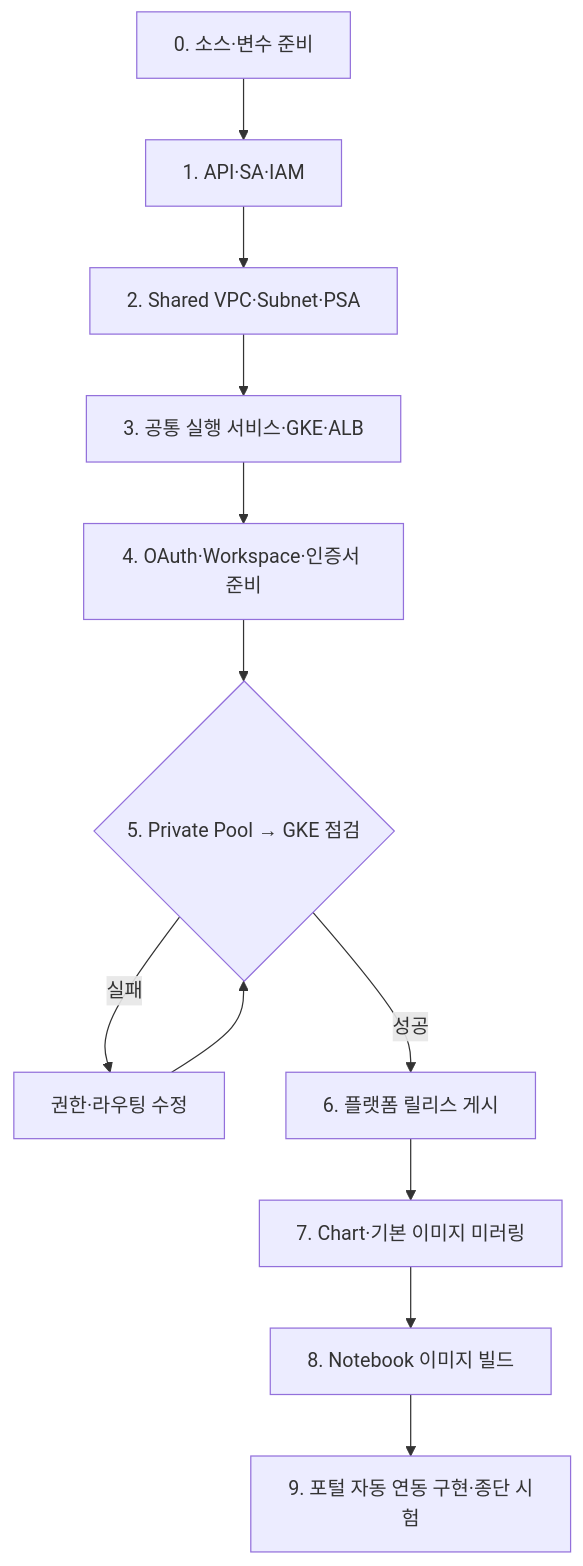
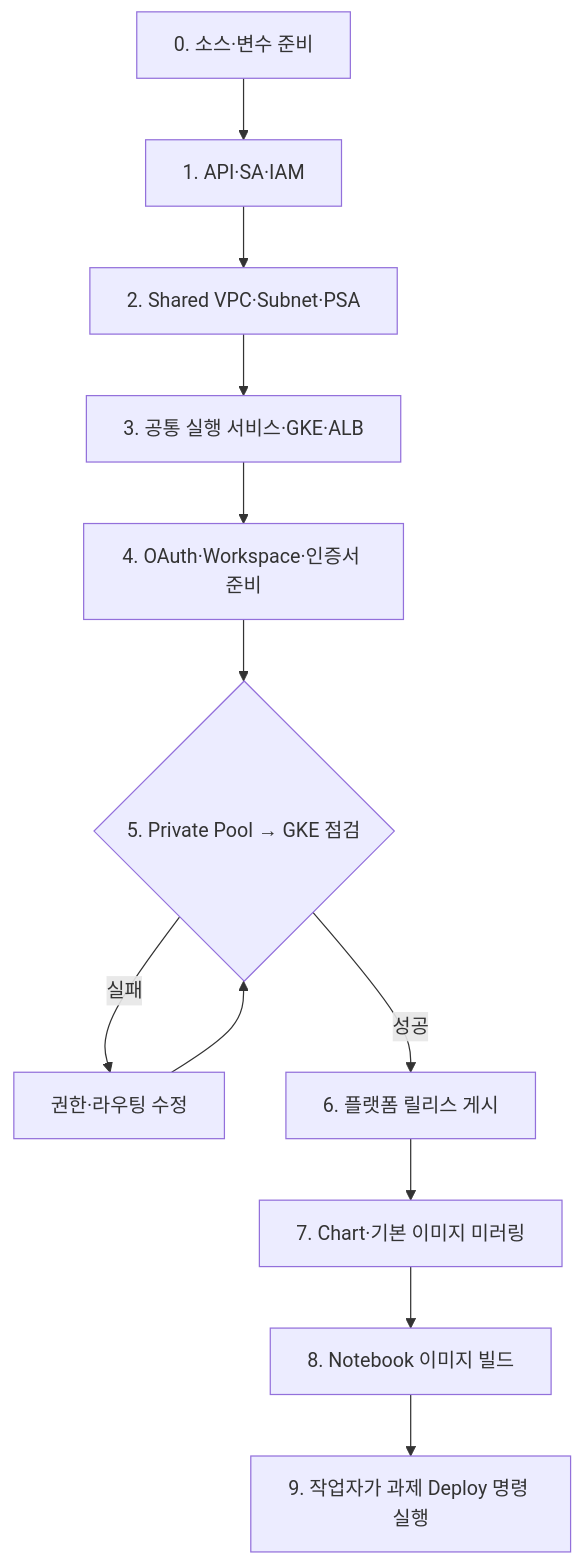
The first of 2 diagrams in 01.docs/work-order.md (sonmap/GCP_SBX_Test01), drawn with Mermaid before and after one commit. The commit also changed other lines of this file and 4 other files, not shown here.

````diff
--- a/01.docs/work-order.md
+++ b/01.docs/work-order.md
@@ -9,14 +9,14 @@
 ```mermaid
 flowchart TD
     A["0. 소스·변수 준비"] --> B["1. API·SA·IAM"]
     B --> C["2. Shared VPC·Subnet·PSA"]
     C --> D["3. 공통 실행 서비스·GKE·ALB"]
     D --> E["4. OAuth·Workspace·인증서 준비"]
     E --> F{"5. Private Pool → GKE 점검"}
     F -->|실패| X["권한·라우팅 수정"]
     X --> F
     F -->|성공| G["6. 플랫폼 릴리스 게시"]
     G --> H["7. Chart·기본 이미지 미러링"]
     H --> I["8. Notebook 이미지 빌드"]
-    I --> J["9. 포털 자동 연동 구현·종단 시험"]
+    I --> J["9. 작업자가 과제 Deploy 명령 실행"]
 ```
````
